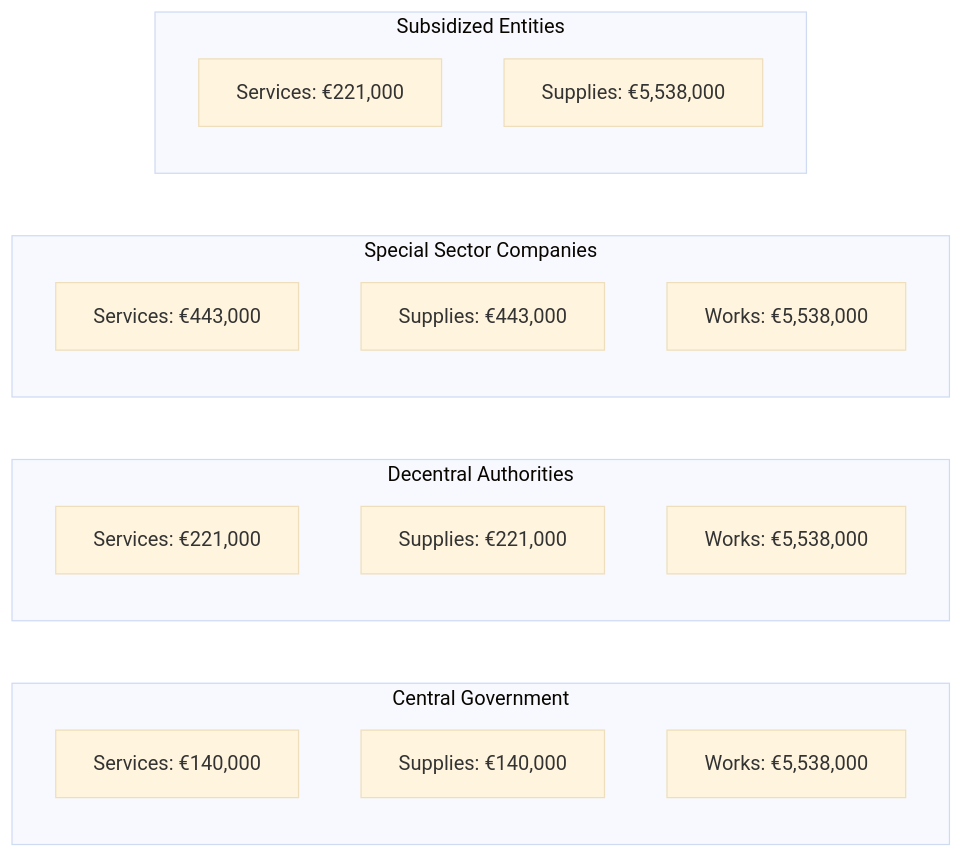
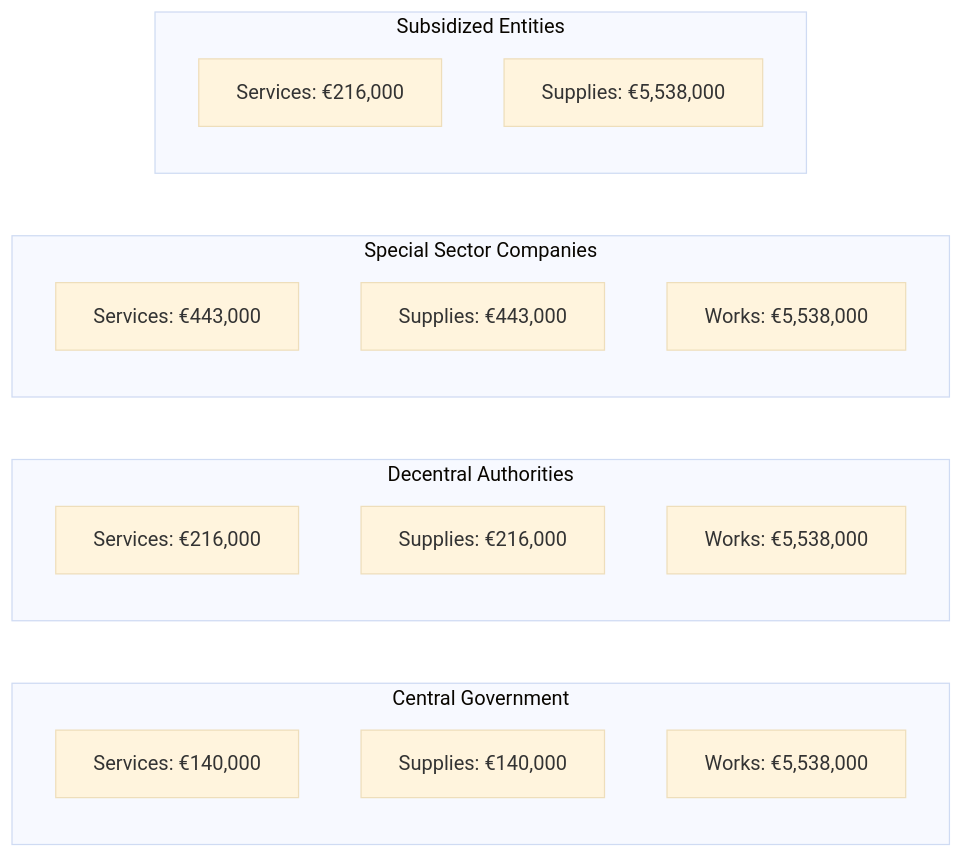
The second of 5 diagrams in eed-tool-flow-diagram.md (chompff/tenderforce), drawn with Mermaid (base theme) before and after one commit. The commit also changed 5 other files, not shown here.

````diff
--- a/eed-tool-flow-diagram.md
+++ b/eed-tool-flow-diagram.md
@@ -88,25 +88,25 @@
 ```mermaid
 graph LR
     subgraph "Central Government"
         CG1[Services: €140,000]
         CG2[Supplies: €140,000]
         CG3[Works: €5,538,000]
     end
     
     subgraph "Decentral Authorities"
-        DA1[Services: €221,000]
-        DA2[Supplies: €221,000]
+        DA1[Services: €216,000]
+        DA2[Supplies: €216,000]
         DA3[Works: €5,538,000]
     end
     
     subgraph "Special Sector Companies"
         SS1[Services: €443,000]
         SS2[Supplies: €443,000]
         SS3[Works: €5,538,000]
     end
     
     subgraph "Subsidized Entities"
-        SE1[Services: €221,000]
+        SE1[Services: €216,000]
         SE2[Supplies: €5,538,000]
     end
 ```
````
